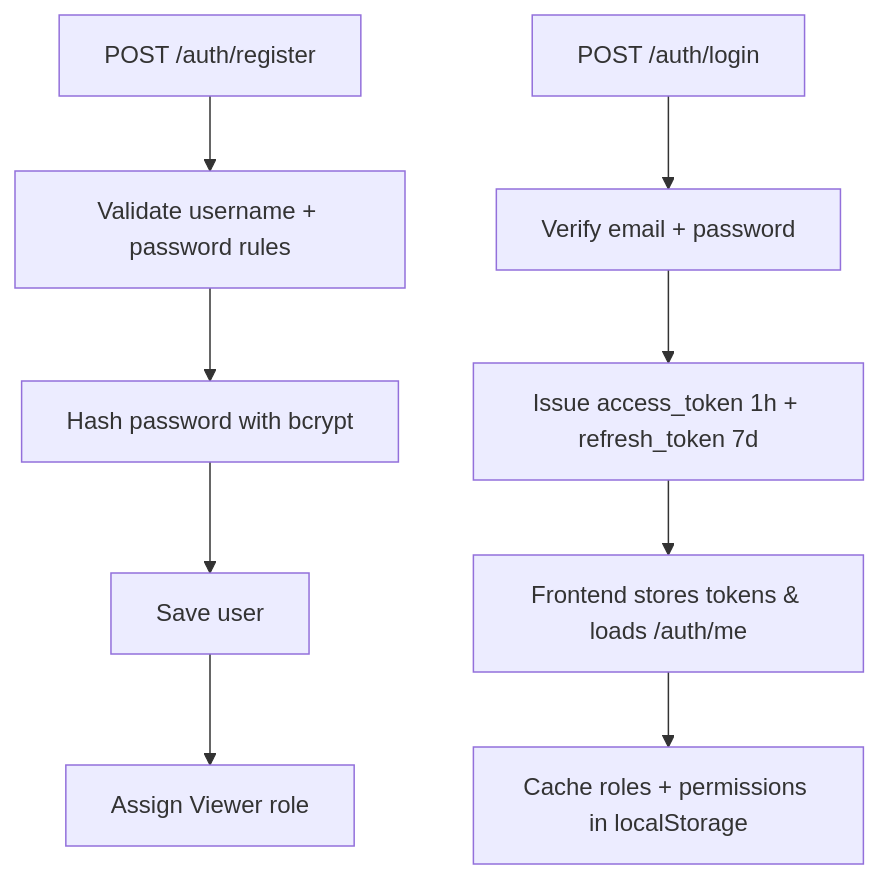
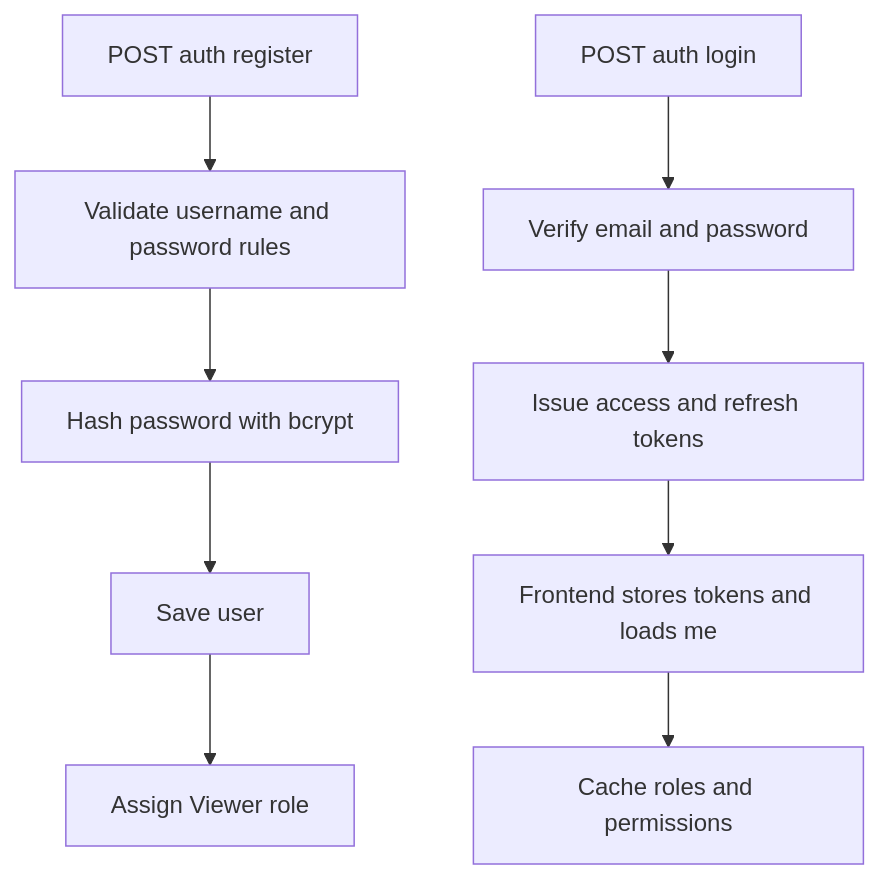
Diagram 12 of 17 in Readme.md (gnanavi030/booking-system), drawn with Mermaid before and after one commit. The commit also changed other lines of this file, not shown here.

````diff
--- a/Readme.md
+++ b/Readme.md
@@ -599,11 +593,11 @@
 ```mermaid
 flowchart TD
-    R[POST /auth/register] --> V[Validate username + password rules]
+    R[POST auth register] --> V[Validate username and password rules]
     V --> H[Hash password with bcrypt]
     H --> S[Save user]
     S --> VR[Assign Viewer role]
-    L[POST /auth/login] --> A[Verify email + password]
-    A --> T[Issue access_token 1h + refresh_token 7d]
-    T --> FE[Frontend stores tokens & loads /auth/me]
-    FE --> P[Cache roles + permissions in localStorage]
+    L[POST auth login] --> A[Verify email and password]
+    A --> T[Issue access and refresh tokens]
+    T --> FE[Frontend stores tokens and loads me]
+    FE --> P[Cache roles and permissions]
 ```
````
